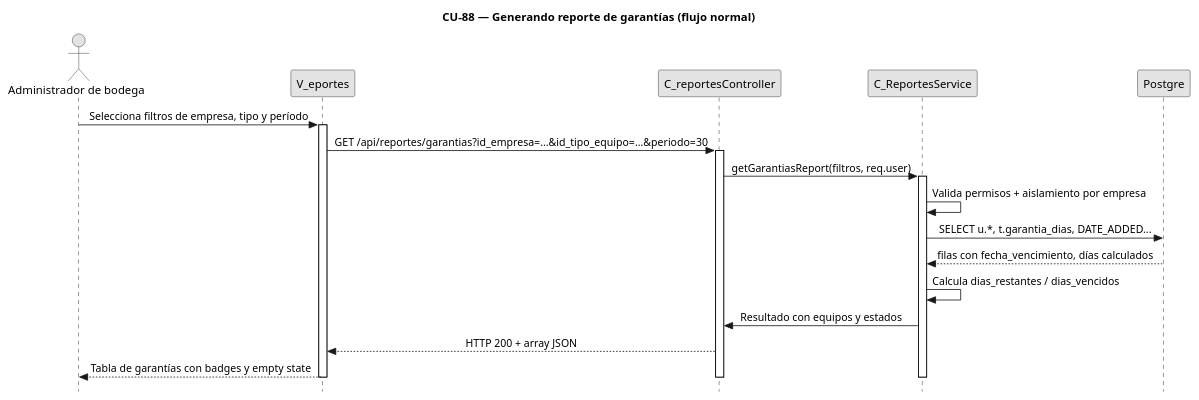
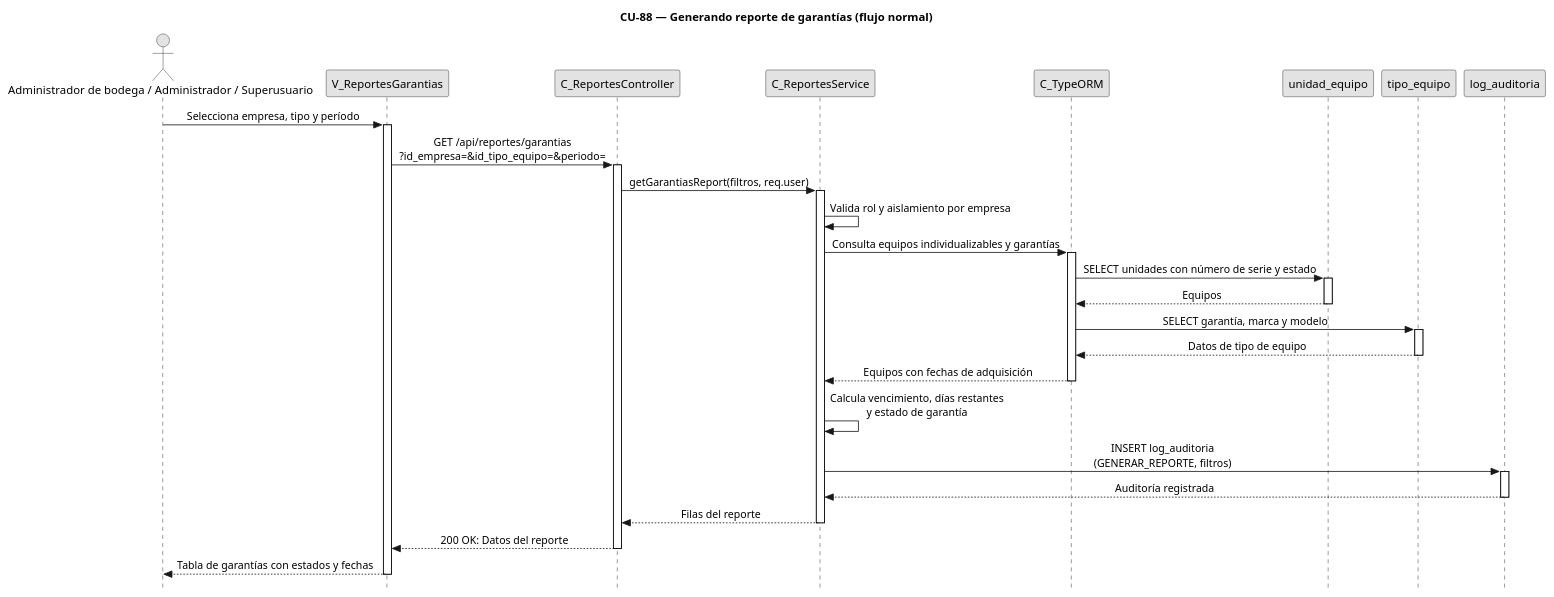
Before and after one commit to FSM-Finet-y-Cable-Magico/Team_1-Inventario-y-Bodega: the diagram in diagramas/diagramas-secuencia/CU88/CU88-normal.puml, drawn with PlantUML. The commit also changed 35 other files, not shown here.

Commit message:
Arreglo de diagramas

```diff
--- a/diagramas/diagramas-secuencia/CU88/CU88-normal.puml
+++ b/diagramas/diagramas-secuencia/CU88/CU88-normal.puml
@@ -1,42 +1,59 @@
-@startuml CU88-Reporte-Garantias-Normal
+@startuml CU88-normal
 title CU-88 — Generando reporte de garantías (flujo normal)
+
 skinparam style strictuml
 skinparam monochrome true
 skinparam shadowing false
-skinparam sequenceMessageAlign center
 <style>
 sequenceDiagram {
-	participant { Margin 35 }
-	actor { Margin 15 }
+  participant { Margin 25 }
+  actor { Margin 20 }
 }
 </style>
 skinparam sequence {
 	MessageAlign center
 	LifeLineBorderColor black
 }
 hide footbox
 
-actor "Administrador de bodega" as U
-participant "V_eportes" as V
-participant "C_reportesController" as C
-participant "C_ReportesService" as S
-participant "Postgre" as DB
+actor "Administrador de bodega / Administrador / Superusuario" as user
+participant "V_ReportesGarantias" as view
+participant "C_ReportesController" as ctrl
+participant "C_ReportesService" as svc
+participant "C_TypeORM" as orm
+participant "unidad_equipo" as uent
+participant "tipo_equipo" as tent
+participant "log_auditoria" as aent
 
-U -> V : Selecciona filtros de empresa, tipo y período
-activate V
-V -> C : GET /api/reportes/garantias?id_empresa=...&id_tipo_equipo=...&periodo=30
-activate C
-C -> S : getGarantiasReport(filtros, req.user)
-activate S
-S -> S : Valida permisos + aislamiento por empresa
-S -> DB : SELECT u.*, t.garantia_dias, DATE_ADDED...
-DB --> S : filas con fecha_vencimiento, días calculados
-S -> S : Calcula dias_restantes / dias_vencidos
-S -> C : Resultado con equipos y estados
-C --> V : HTTP 200 + array JSON
-V --> U : Tabla de garantías con badges y empty state
+user -> view : Selecciona empresa, tipo y período
+activate view
+view -> ctrl : GET /api/reportes/garantias\n?id_empresa=&id_tipo_equipo=&periodo=
+activate ctrl
+ctrl -> svc : getGarantiasReport(filtros, req.user)
+activate svc
+svc -> svc : Valida rol y aislamiento por empresa
+svc -> orm : Consulta equipos individualizables y garantías
+activate orm
+orm -> uent : SELECT unidades con número de serie y estado
+activate uent
+uent --> orm : Equipos
+deactivate uent
+orm -> tent : SELECT garantía, marca y modelo
+activate tent
+tent --> orm : Datos de tipo de equipo
+deactivate tent
+orm --> svc : Equipos con fechas de adquisición
+deactivate orm
+svc -> svc : Calcula vencimiento, días restantes\ny estado de garantía
+svc -> aent : INSERT log_auditoria\n(GENERAR_REPORTE, filtros)
+activate aent
+aent --> svc : Auditoría registrada
+deactivate aent
+svc --> ctrl : Filas del reporte
+deactivate svc
+ctrl --> view : 200 OK: Datos del reporte
+deactivate ctrl
+view --> user : Tabla de garantías con estados y fechas
+deactivate view
 
-deactivate V
-deactivate C
-deactivate S
 @enduml
```
